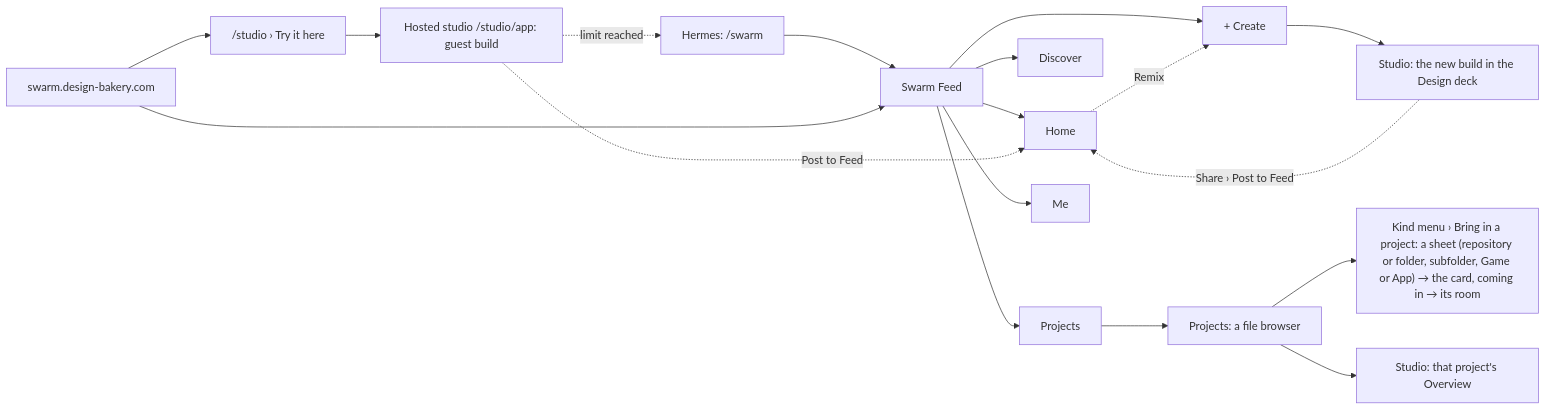
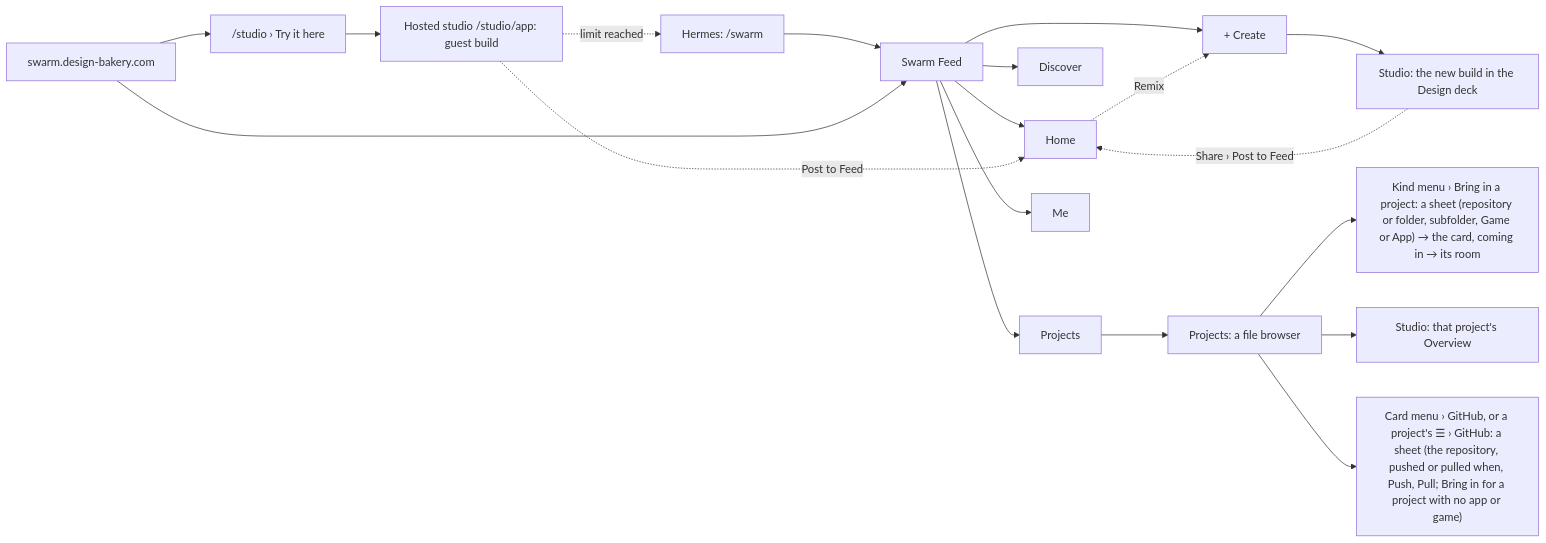
Before and after one commit to Pukujan/swarm-studio: the first of 27 diagrams in docs/ux/SITEMAP.md, drawn with Mermaid. The commit also changed 14 other files, not shown here.

Commit message:
Source on GitHub: plugin action behind the approval prompt, docs, checks, walk-through fixes

````diff
--- a/docs/ux/SITEMAP.md
+++ b/docs/ux/SITEMAP.md
@@ -19,20 +19,21 @@
 ```mermaid
 flowchart LR
   HX["Hermes: /swarm"] --> FEED["Swarm Feed"]
   WEB["swarm.design-bakery.com"] --> FEED
   FEED --> HOME[Home]
   FEED --> DISC[Discover]
   FEED --> PROJ[Projects]
   FEED --> ME[Me]
   FEED --> CR["+ Create"]
   CR --> ORB["Studio: the new build in the Design deck"]
   PROJ --> GAL["Projects: a file browser"]
   GAL --> BRING["Kind menu › Bring in a project: a sheet (repository or folder, subfolder, Game or App) → the card, coming in → its room"]
   GAL --> ORB2["Studio: that project's Overview"]
+  GAL --> GH["Card menu › GitHub, or a project's ☰ › GitHub: a sheet (the repository, pushed or pulled when, Push, Pull; Bring in for a project with no app or game)"]
   ORB -.->|Share › Post to Feed| HOME
   HOME -.->|Remix| CR
   WEB --> TRY["/studio › Try it here"]
   TRY --> HOSTED["Hosted studio /studio/app: guest build"]
   HOSTED -.->|Post to Feed| HOME
   HOSTED -.->|limit reached| HX
 ```
````
